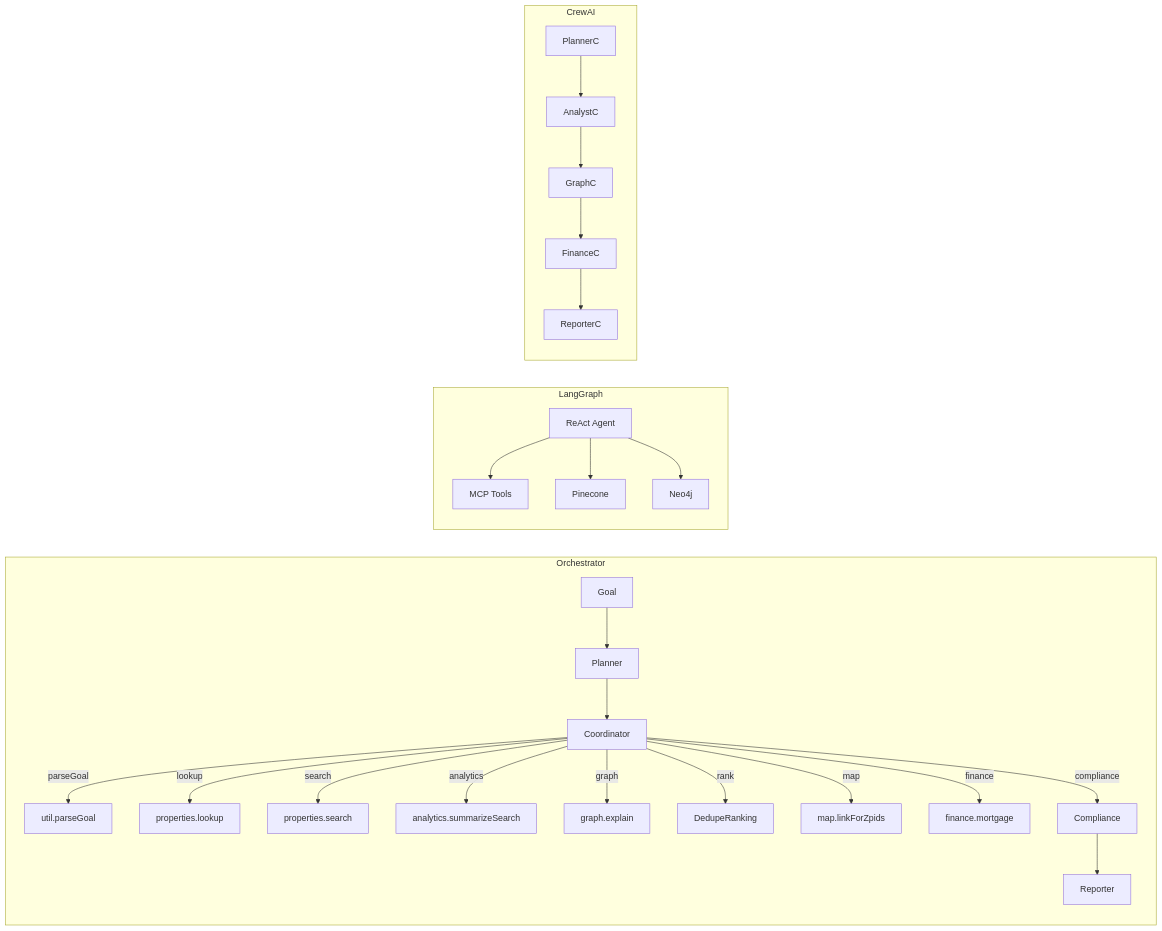
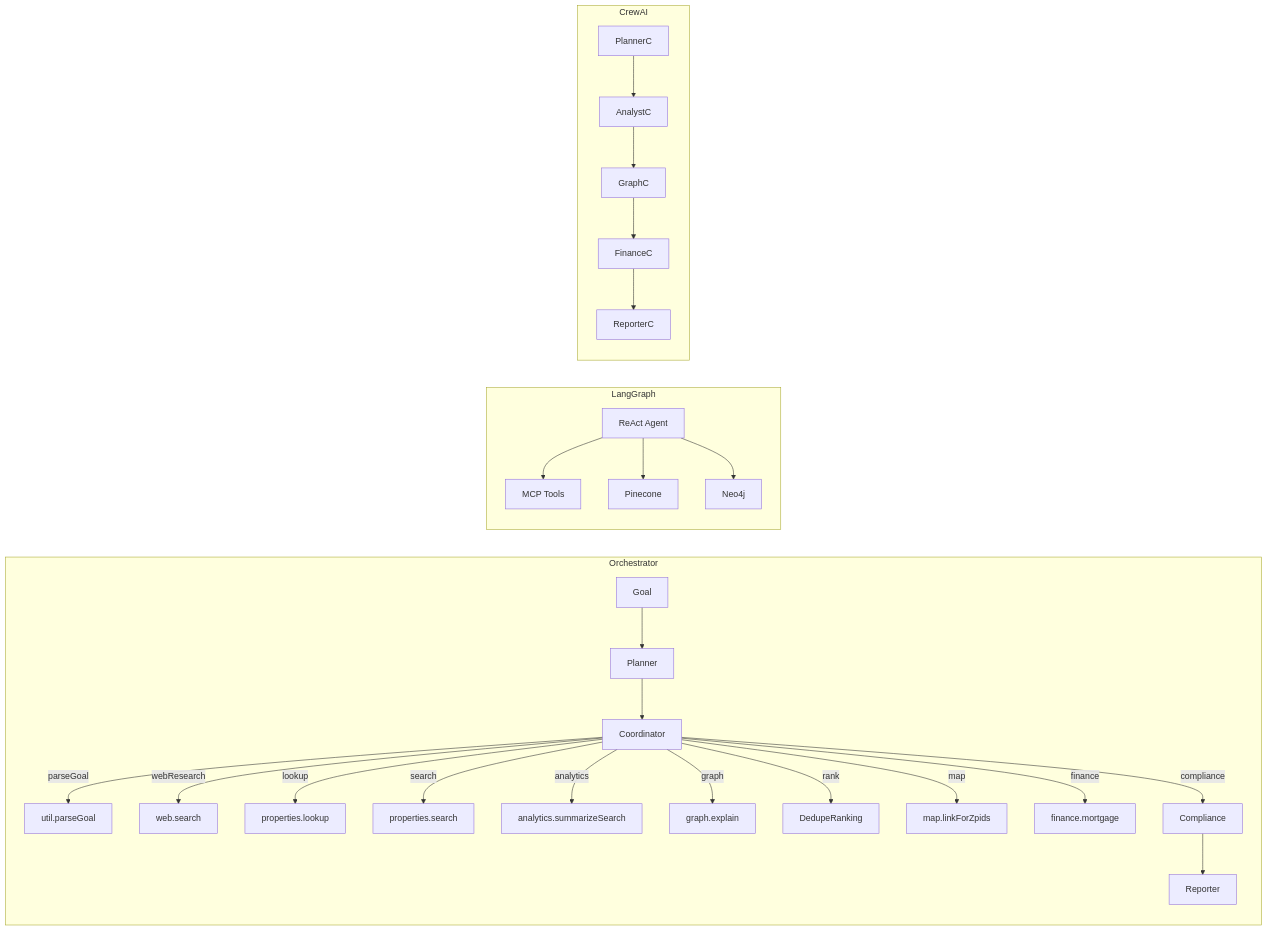
One commit to hoangsonww/EstateWise-Chapel-Hill-Chatbot changed the fifth of 11 diagrams in README.md. Above: the diagram before and after it, drawn with Mermaid. The commit also changed other lines of this file and 17 other files, not shown here.

Commit message:
feat(web): add web search and fetch tools for internet research capabilities

````diff
--- a/README.md
+++ b/README.md
@@ -1300,26 +1304,27 @@
 ```mermaid
 flowchart LR
     subgraph Orchestrator
     Goal --> Planner --> Coordinator
     Coordinator -->|parseGoal| UPG["util.parseGoal"]
+    Coordinator -->|webResearch| WS["web.search"]
     Coordinator -->|lookup| PL["properties.lookup"]
     Coordinator -->|search| PS["properties.search"]
     Coordinator -->|analytics| AS["analytics.summarizeSearch"]
     Coordinator -->|graph| GE["graph.explain"]
     Coordinator -->|rank| DR["DedupeRanking"]
     Coordinator -->|map| MLZ["map.linkForZpids"]
     Coordinator -->|finance| FM["finance.mortgage"]
     Coordinator -->|compliance| Compliance
     Compliance --> Reporter
     end
 
     subgraph LangGraph
     LG[ReAct Agent] --> MCP[MCP Tools]
     LG --> Pinecone
     LG --> Neo4j
     end
 
     subgraph CrewAI
     PlannerC --> AnalystC --> GraphC --> FinanceC --> ReporterC
     end
 ```
````
